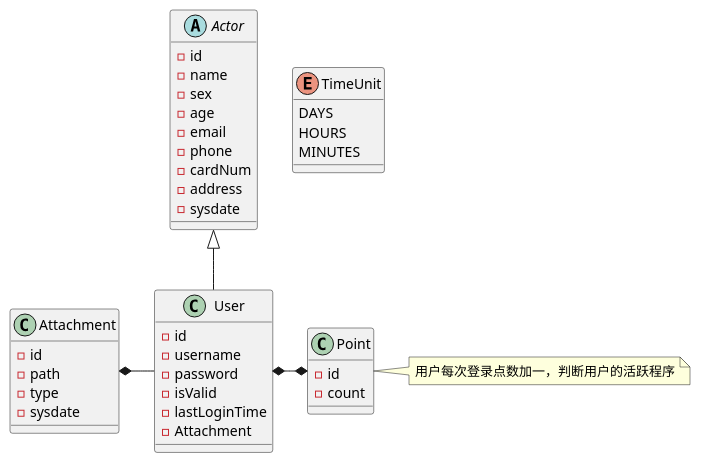
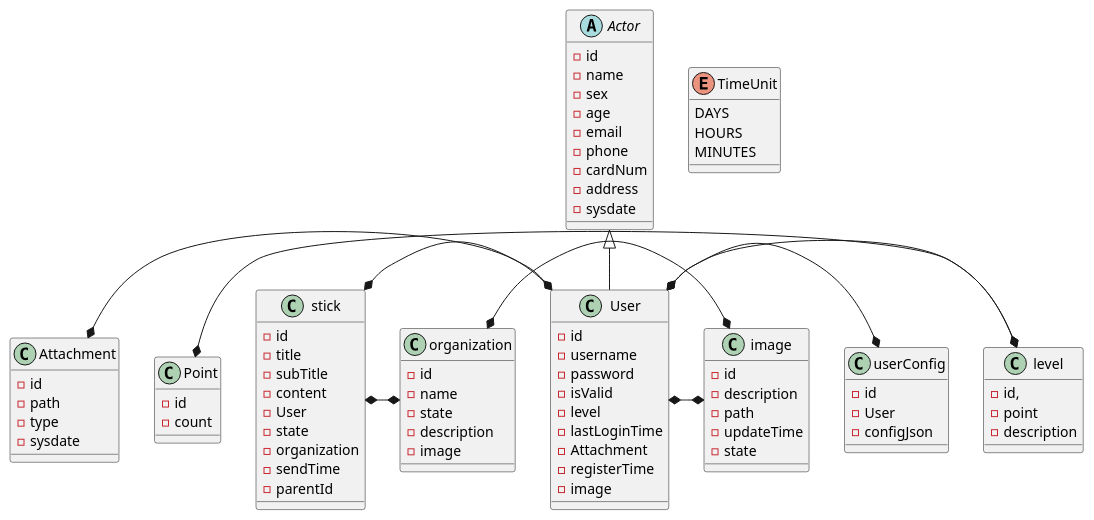
Before and after one commit to qasrc/bbsProject: the diagram in src/main/resources/beanXml/类关系.puml, drawn with PlantUML.

Commit message:
修改类图

```diff
--- a/src/main/resources/beanXml/类关系.puml
+++ b/src/main/resources/beanXml/类关系.puml
@@ -1,54 +1,108 @@
 @startuml
 
 
 abstract class Actor
 class User
 class Attachment
 
 
 Actor <|-- User
 Attachment *- User
 
 enum TimeUnit {
 DAYS
 HOURS
 MINUTES
 }
+
 abstract Actor{
 -id
 -name
 -sex
 -age
 -email
 -phone
 -cardNum
 -address
 -sysdate
 }
 
 class Attachment{
 -id
 -path
 -type
 -sysdate
 }
 
 class User {
 -id
 -username
 -password
 -isValid
+-level
 -lastLoginTime
 -Attachment
+-registerTime
+-image
 }
 
+User*-*level
 
-User *-* Point
+
+class level{
+-id,
+-point
+-description
+}
+Point*-*level
 class Point{
 -id
 -count
 }
-note right:用户每次登录点数加一，判断用户的活跃程序
+
+User *-* userConfig
+class userConfig{
+-id
+-User
+-configJson
+}
+
+class organization{
+-id
+-name
+-state
+-description
+-image
+}
+
+stick*-*organization
+stick*-*User
+class stick{
+-id
+-title
+-subTitle
+-content
+-User
+-state
+-organization
+-sendTime
+-parentId
+}
+
+User *-* image
+organization *-* image
+class image{
+-id
+-description
+-path
+-updateTime
+-state
+}
+
+
+
+
+
 
 
 @enduml
```
